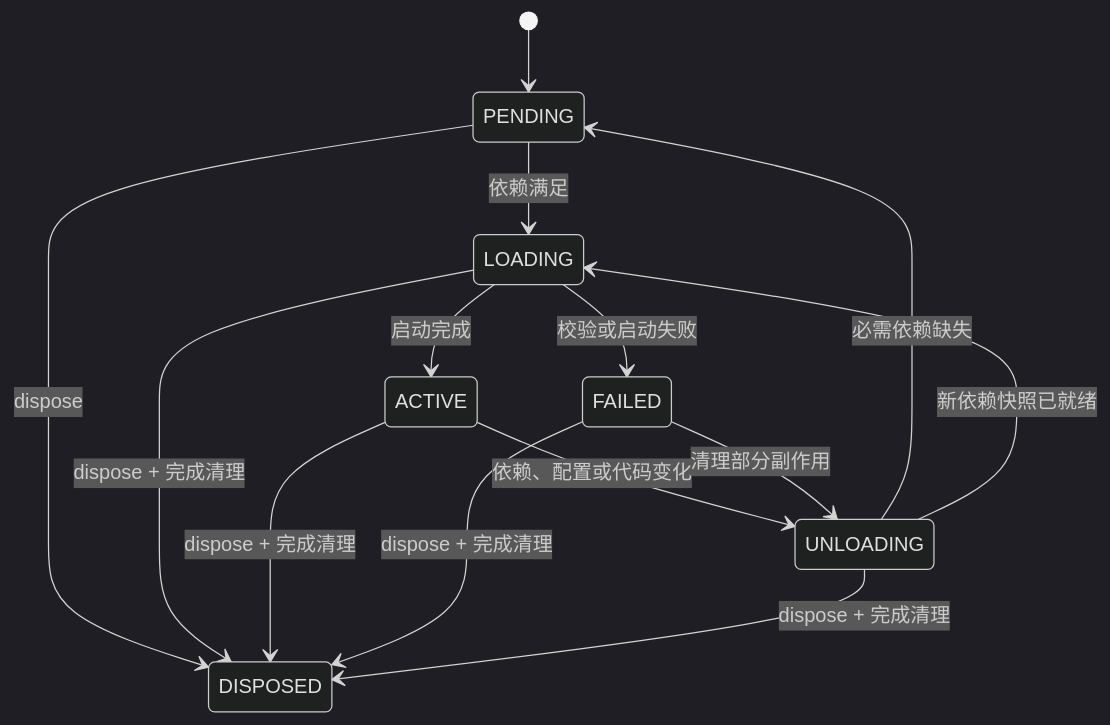
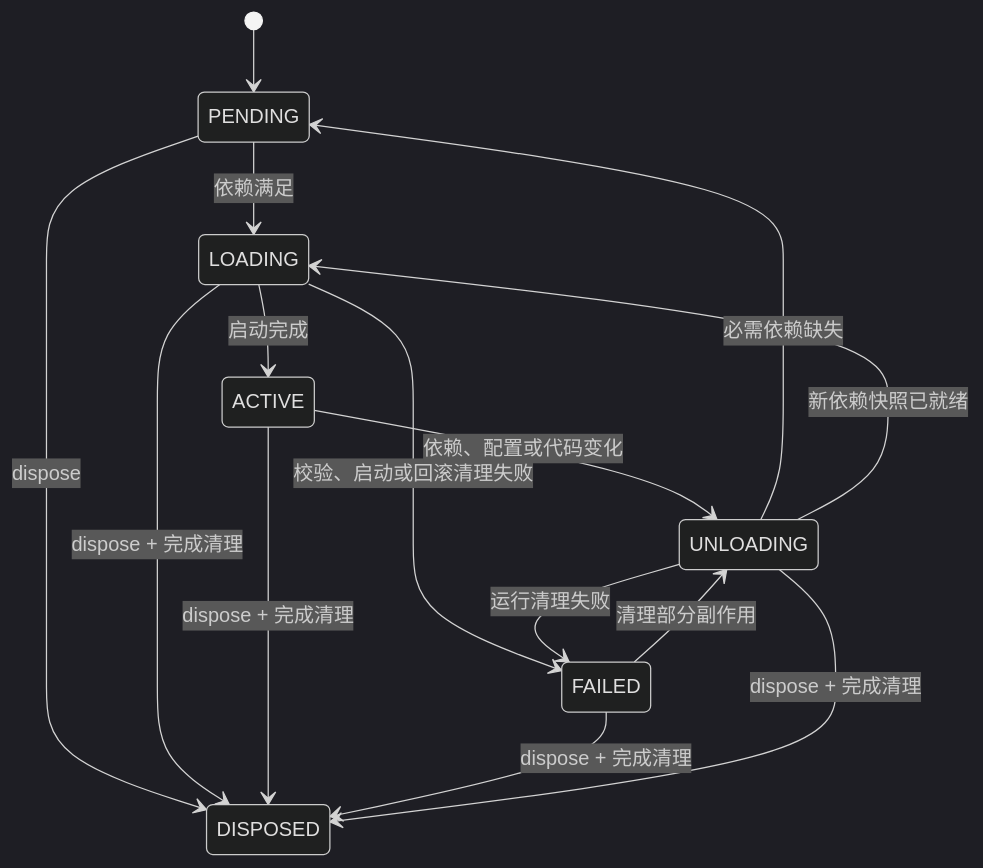
Before and after one commit to fanfan-de/NyaCore: the diagram in docs/design.md, drawn with Mermaid (dark theme). The commit also changed other lines of this file and 6 other files, not shown here.

````diff
--- a/docs/design.md
+++ b/docs/design.md
@@ -355,16 +355,17 @@
 ```mermaid
 stateDiagram-v2
     [*] --> PENDING
     PENDING --> LOADING: 依赖满足
     LOADING --> ACTIVE: 启动完成
-    LOADING --> FAILED: 校验或启动失败
+    LOADING --> FAILED: 校验、启动或回滚清理失败
     ACTIVE --> UNLOADING: 依赖、配置或代码变化
+    UNLOADING --> FAILED: 运行清理失败
     FAILED --> UNLOADING: 清理部分副作用
     UNLOADING --> PENDING: 必需依赖缺失
     UNLOADING --> LOADING: 新依赖快照已就绪
     PENDING --> DISPOSED: dispose
     LOADING --> DISPOSED: dispose + 完成清理
     ACTIVE --> DISPOSED: dispose + 完成清理
     FAILED --> DISPOSED: dispose + 完成清理
     UNLOADING --> DISPOSED: dispose + 完成清理
 ```
````
